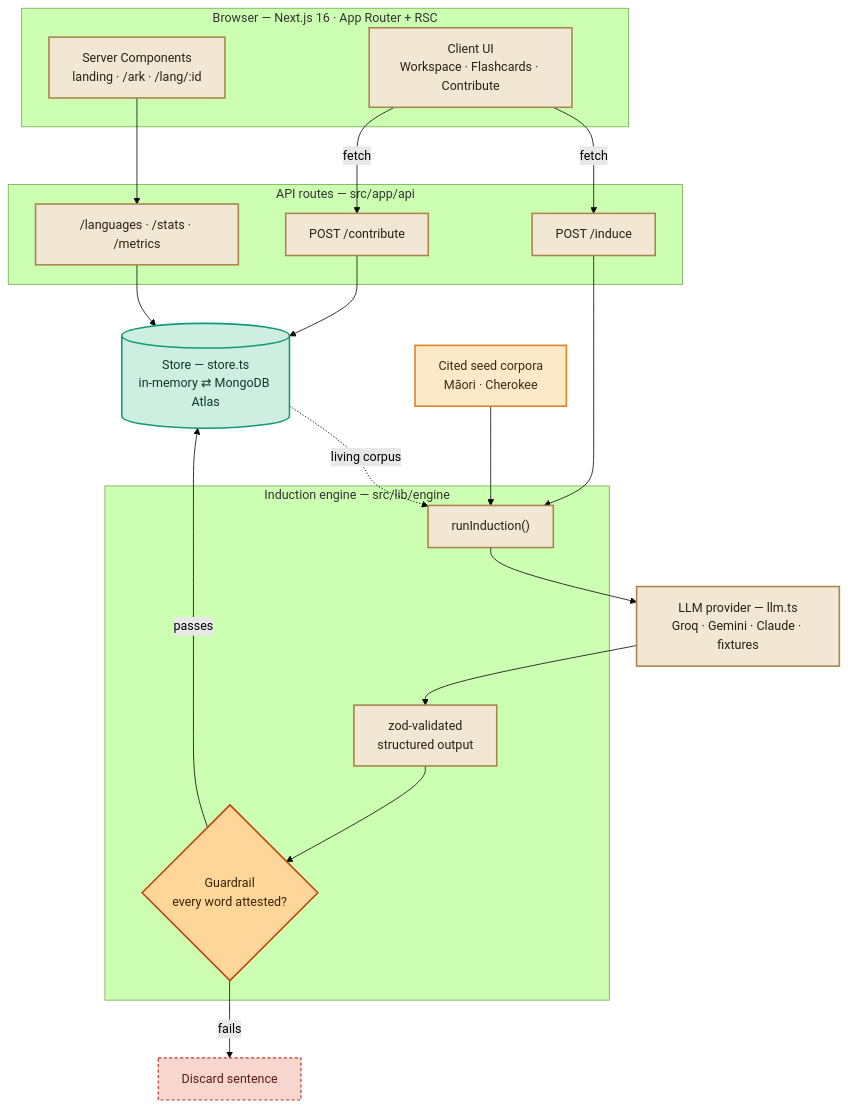
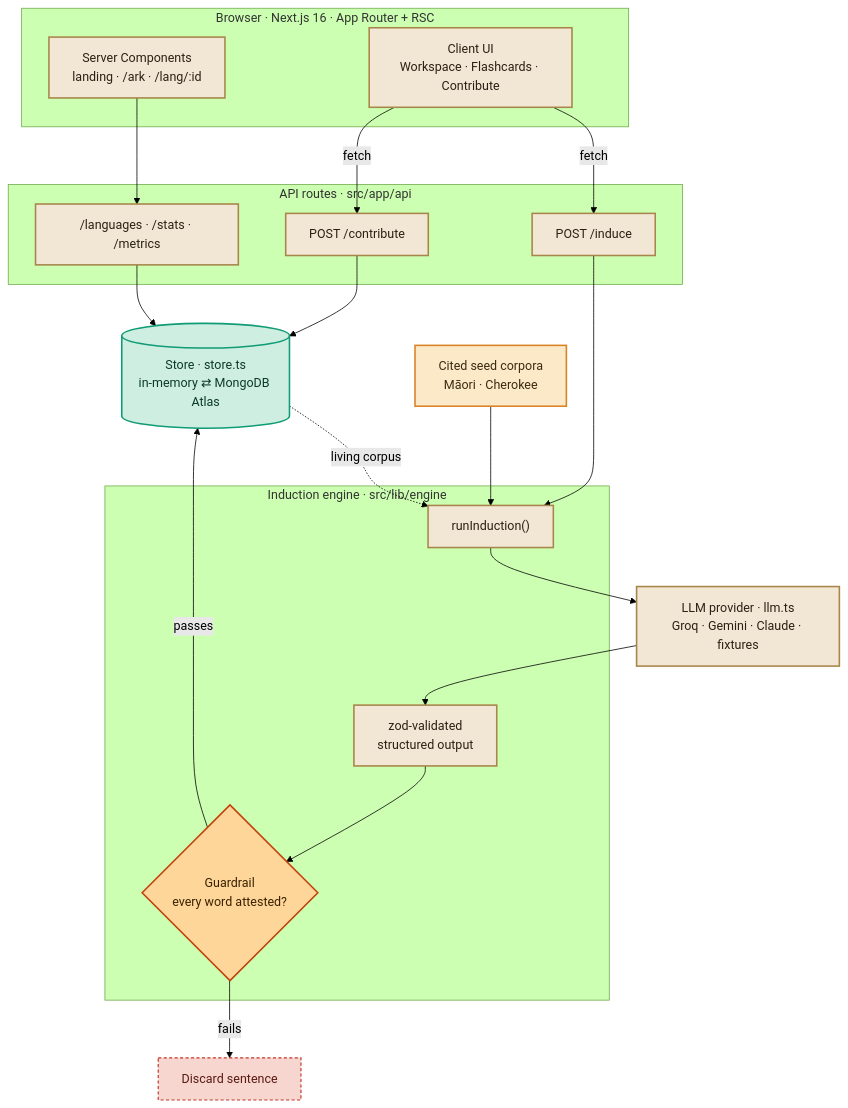
Before and after one commit to areebhirani-beep/lantern: the fourth of 4 diagrams in README.md, drawn with Mermaid (forest theme). The commit also changed other lines of this file and 5 other files, not shown here.

First line of the commit message:
docs: world-class documentation set (README, ARCHITECTURE, GUARDRAIL, EVALUATION, CONTRIBUTING, SECURITY)

````diff
--- a/README.md
+++ b/README.md
@@ -151,48 +261,48 @@
 ```mermaid
 flowchart TB
-    subgraph browser["Browser — Next.js 16 · App Router + RSC"]
+    subgraph browser["Browser · Next.js 16 · App Router + RSC"]
         page["Server Components<br/>landing · /ark · /lang/:id"]
         client["Client UI<br/>Workspace · Flashcards · Contribute"]
     end
 
-    subgraph api["API routes — src/app/api"]
+    subgraph api["API routes · src/app/api"]
         induce["POST /induce"]
         contribute["POST /contribute"]
         reads["/languages · /stats · /metrics"]
     end
 
-    subgraph engine["Induction engine — src/lib/engine"]
+    subgraph engine["Induction engine · src/lib/engine"]
         run["runInduction()"]
         valid["zod-validated<br/>structured output"]
         guard{"Guardrail<br/>every word attested?"}
     end
 
-    llm["LLM provider — llm.ts<br/>Groq · Gemini · Claude · fixtures"]
-    store[("Store — store.ts<br/>in-memory ⇄ MongoDB Atlas")]
+    llm["LLM provider · llm.ts<br/>Groq · Gemini · Claude · fixtures"]
+    store[("Store · store.ts<br/>in-memory ⇄ MongoDB Atlas")]
     seed["Cited seed corpora<br/>Māori · Cherokee"]
     drop["Discard sentence"]
 
     client -->|fetch| induce
     client -->|fetch| contribute
     page --> reads
     reads --> store
     induce --> run
     contribute --> store
     run --> llm --> valid --> guard
     guard -->|passes| store
     guard -->|fails| drop
     seed --> run
     store -. living corpus .-> run
 
     classDef proc fill:#F1E7D4,stroke:#A8854A,stroke-width:2px,color:#2a2114;
     classDef guardc fill:#FFD699,stroke:#C2410C,stroke-width:2px,color:#3a2200;
     classDef data fill:#CDEEE0,stroke:#119B76,stroke-width:2px,color:#0c3a2b;
     classDef seedc fill:#FCE9C8,stroke:#D98324,stroke-width:2px,color:#3a2a12;
     classDef dropc fill:#F6D6CE,stroke:#C0392B,stroke-width:1.5px,color:#5a1a12,stroke-dasharray:4 3;
 
     class page,client,induce,contribute,reads,run,valid,llm proc;
     class guard guardc;
     class store data;
     class seed seedc;
     class drop dropc;
 ```
````
